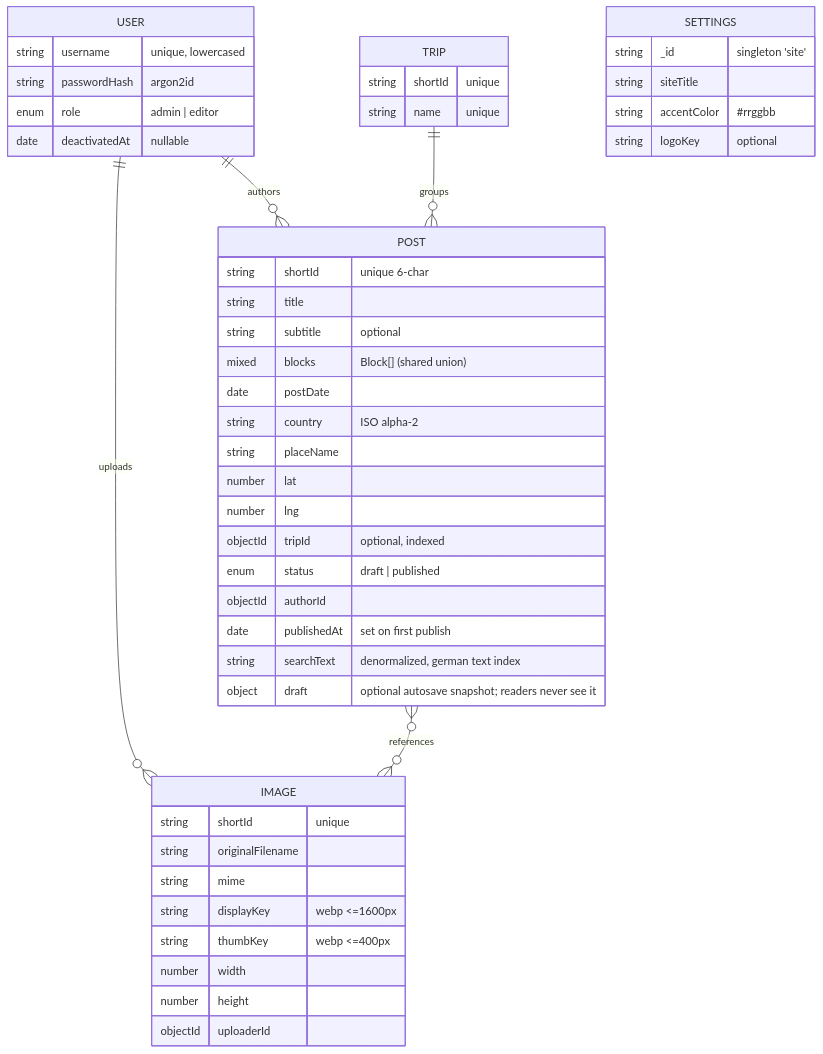
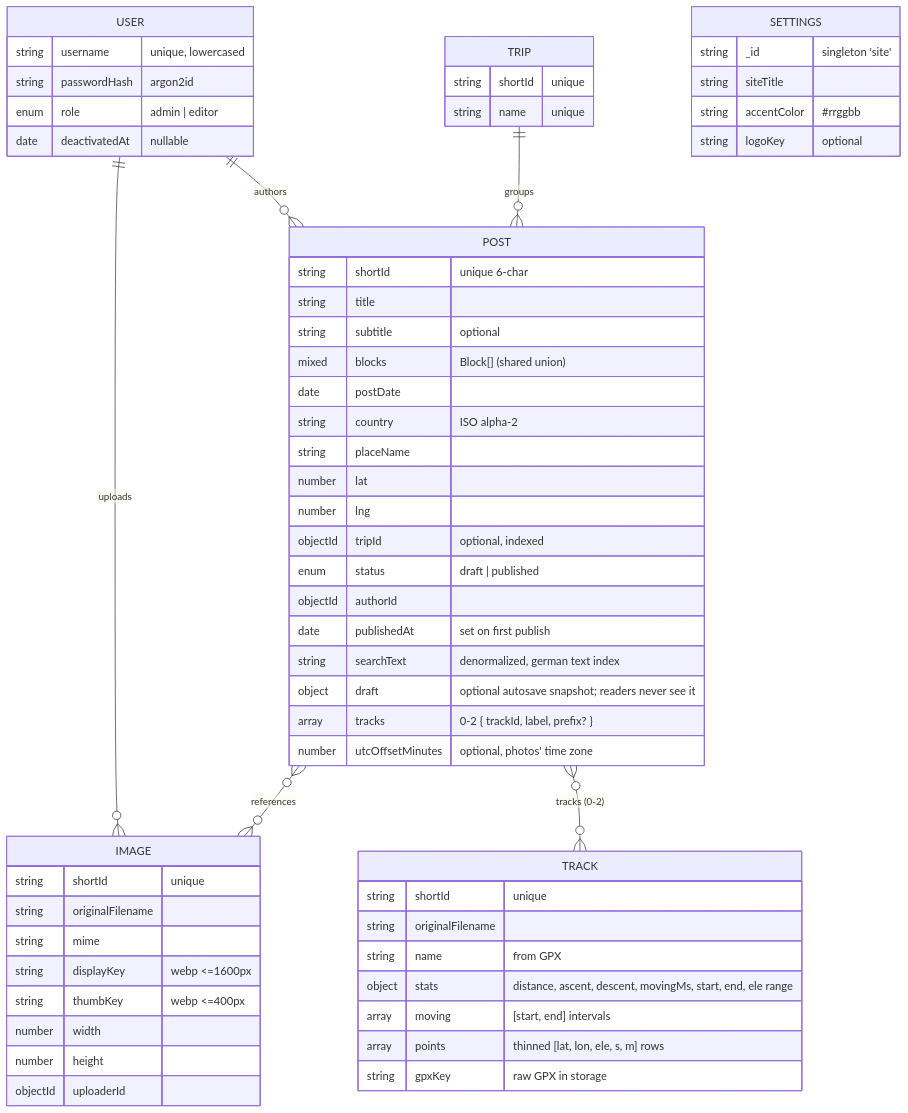
One commit to khaddAle/SimpleTravelBlog changed the fourth of 5 diagrams in docs/architecture.md. Above: the diagram before and after it, drawn with Mermaid. The commit also changed other lines of this file and 3 other files, not shown here.

````diff
--- a/docs/architecture.md
+++ b/docs/architecture.md
@@ -142,51 +144,63 @@
 ```mermaid
 erDiagram
   USER ||--o{ POST  : authors
   USER ||--o{ IMAGE : uploads
   TRIP ||--o{ POST  : groups
   POST }o--o{ IMAGE : references
+  POST }o--o{ TRACK : "tracks (0-2)"
 
   USER {
     string username "unique, lowercased"
     string passwordHash "argon2id"
     enum   role "admin | editor"
     date   deactivatedAt "nullable"
   }
   POST {
     string shortId "unique 6-char"
     string title
     string subtitle "optional"
     mixed  blocks "Block[] (shared union)"
     date   postDate
     string country "ISO alpha-2"
     string placeName
     number lat
     number lng
     objectId tripId "optional, indexed"
     enum   status "draft | published"
     objectId authorId
     date   publishedAt "set on first publish"
     string searchText "denormalized, german text index"
     object draft "optional autosave snapshot; readers never see it"
+    array  tracks "0-2 { trackId, label, prefix? }"
+    number utcOffsetMinutes "optional, photos' time zone"
+  }
+  TRACK {
+    string shortId "unique"
+    string originalFilename
+    string name "from GPX"
+    object stats "distance, ascent, descent, movingMs, start, end, ele range"
+    array  moving "[start, end] intervals"
+    array  points "thinned [lat, lon, ele, s, m] rows"
+    string gpxKey "raw GPX in storage"
   }
   TRIP {
     string shortId "unique"
     string name "unique"
   }
   IMAGE {
     string shortId "unique"
     string originalFilename
     string mime
     string displayKey "webp <=1600px"
     string thumbKey "webp <=400px"
     number width
     number height
     objectId uploaderId
   }
   SETTINGS {
     string _id "singleton 'site'"
     string siteTitle
     string accentColor "#rrggbb"
     string logoKey "optional"
   }
 ```
````
